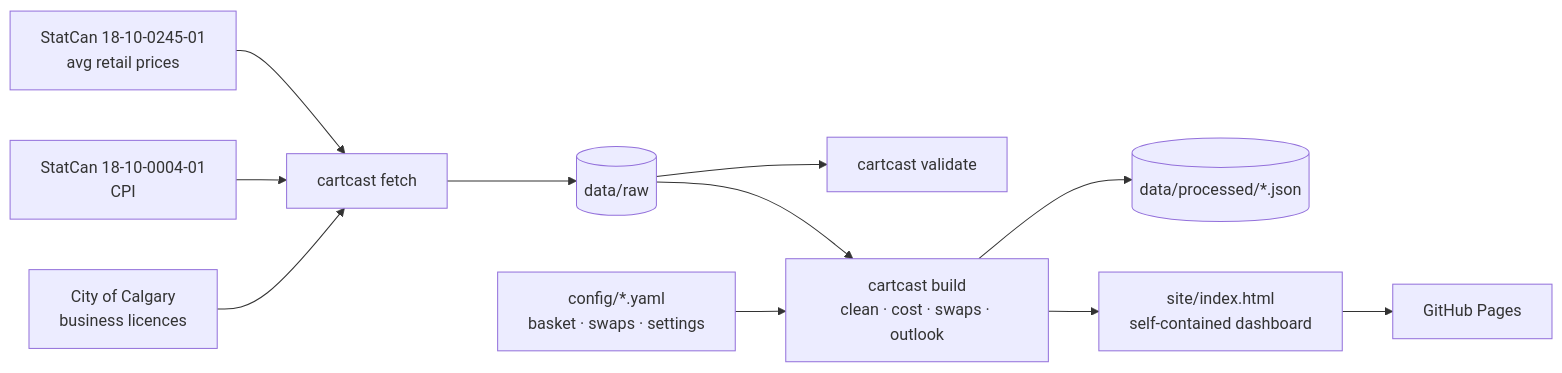
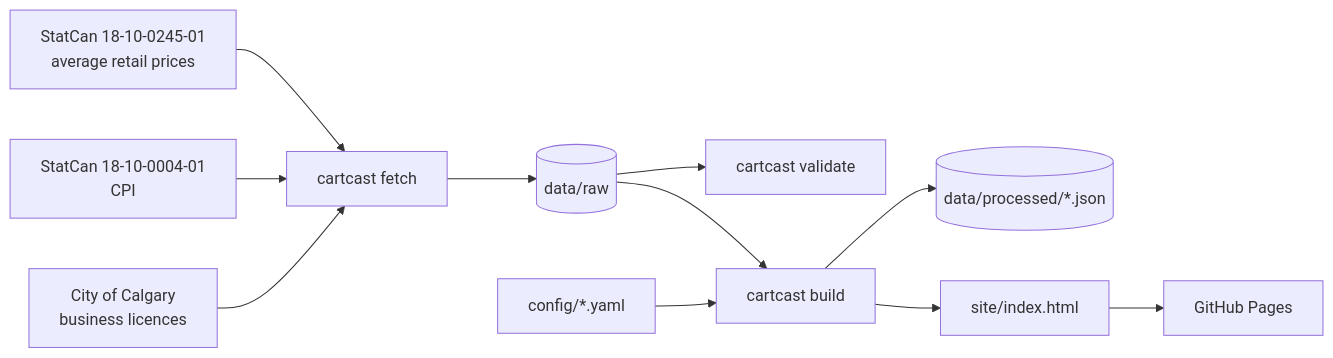
The diagram in README.md (AdrianJulve/cartcast-yyc), drawn with Mermaid before and after one commit. The commit also changed other lines of this file and 26 other files, not shown here.

````diff
--- a/README.md
+++ b/README.md
@@ -91,13 +101,13 @@
 ```mermaid
 flowchart LR
-  A[StatCan 18-10-0245-01<br/>avg retail prices] --> F
+  A[StatCan 18-10-0245-01<br/>average retail prices] --> F
   B[StatCan 18-10-0004-01<br/>CPI] --> F
   C[City of Calgary<br/>business licences] --> F
   F[cartcast fetch] --> R[(data/raw)]
   R --> V[cartcast validate]
-  R --> P[cartcast build<br/>clean · cost · swaps · outlook]
-  K[config/*.yaml<br/>basket · swaps · settings] --> P
+  R --> P[cartcast build]
+  K[config/*.yaml] --> P
   P --> J[(data/processed/*.json)]
-  P --> S[site/index.html<br/>self-contained dashboard]
+  P --> S[site/index.html]
   S --> G[GitHub Pages]
 ```
````
